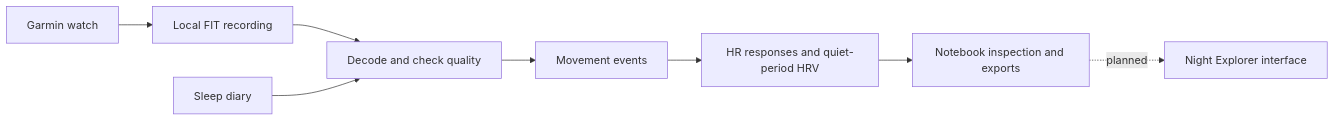
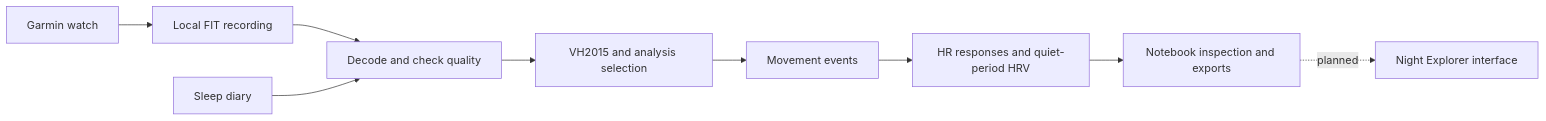
One commit to marcellosicbaldi/OvernightAccelBbi changed the second of 2 diagrams in README.md. Above: the diagram before and after it, drawn with Mermaid. The commit also changed other lines of this file and 7 other files, not shown here.

````diff
--- a/README.md
+++ b/README.md
@@ -140,10 +141,11 @@
 ```mermaid
 flowchart LR
     A[Garmin watch] --> B[Local FIT recording]
     B --> C[Decode and check quality]
     D[Sleep diary] --> C
-    C --> E[Movement events]
+    C --> S[VH2015 and analysis selection]
+    S --> E[Movement events]
     E --> F[HR responses and quiet-period HRV]
     F --> G[Notebook inspection and exports]
     G -. planned .-> H[Night Explorer interface]
 ```
````
